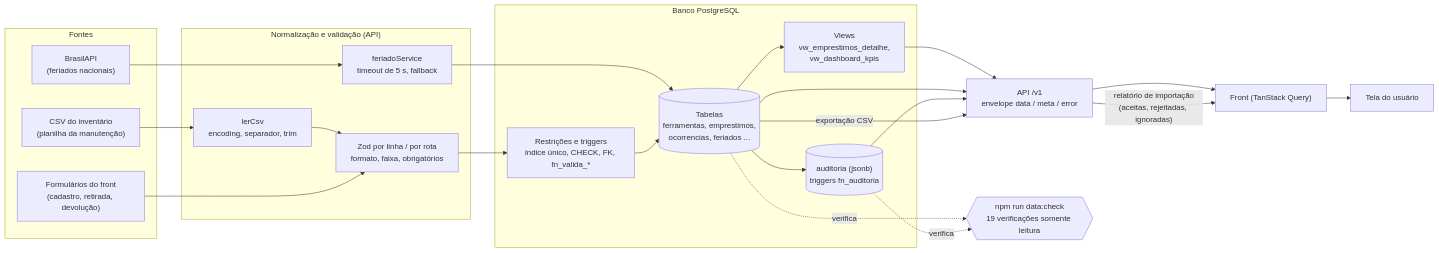
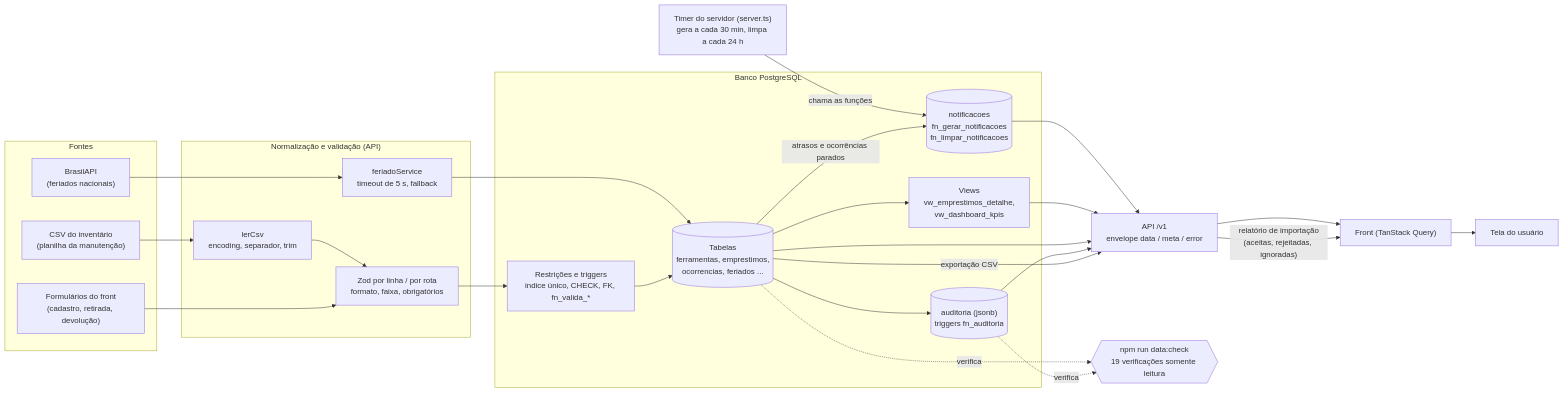
Before and after one commit to joaoaugusto-dev/PI-2026.2: the diagram in docs/banco-de-dados/fluxo-integracao.md, drawn with Mermaid. The commit also changed other lines of this file, not shown here.

Commit message:
docs(data-08): incluir calendário, notificações e timer do servidor no fluxo de integração (#80)

````diff
--- a/docs/banco-de-dados/fluxo-integracao.md
+++ b/docs/banco-de-dados/fluxo-integracao.md
@@ -162,42 +164,48 @@
 ```mermaid
 flowchart LR
     subgraph FONTES["Fontes"]
         CSV["CSV do inventário<br/>(planilha da manutenção)"]
         BA["BrasilAPI<br/>(feriados nacionais)"]
         FORM["Formulários do front<br/>(cadastro, retirada, devolução)"]
     end
 
     subgraph NORM["Normalização e validação (API)"]
         LER["lerCsv<br/>encoding, separador, trim"]
         ZOD["Zod por linha / por rota<br/>formato, faixa, obrigatórios"]
         FER["feriadoService<br/>timeout de 5 s, fallback"]
     end
 
     subgraph BD["Banco PostgreSQL"]
         REG["Restrições e triggers<br/>índice único, CHECK, FK, fn_valida_*"]
         TAB[("Tabelas<br/>ferramentas, emprestimos,<br/>ocorrencias, feriados ...")]
         AUD[("auditoria (jsonb)<br/>triggers fn_auditoria")]
         VIEWS["Views<br/>vw_emprestimos_detalhe,<br/>vw_dashboard_kpis"]
+        NOTIF[("notificacoes<br/>fn_gerar_notificacoes<br/>fn_limpar_notificacoes")]
     end
+
+    TIMER["Timer do servidor (server.ts)<br/>gera a cada 30 min, limpa a cada 24 h"]
 
     API["API /v1<br/>envelope data / meta / error"]
     FRONT["Front (TanStack Query)"]
     TELA["Tela do usuário"]
     CHECK{{"npm run data:check<br/>19 verificações somente leitura"}}
 
     CSV --> LER --> ZOD
     FORM --> ZOD
     BA --> FER
     ZOD --> REG
     FER --> TAB
     REG --> TAB
     TAB --> AUD
+    TIMER -- "chama as funções" --> NOTIF
+    TAB -- "atrasos e ocorrências parados" --> NOTIF
+    NOTIF --> API
     TAB --> VIEWS --> API
     TAB --> API
     AUD --> API
     API --> FRONT --> TELA
     TAB -. verifica .-> CHECK
     AUD -. verifica .-> CHECK
     API -- "relatório de importação<br/>(aceitas, rejeitadas, ignoradas)" --> FRONT
     TAB -- "exportação CSV" --> API
 ```
````
